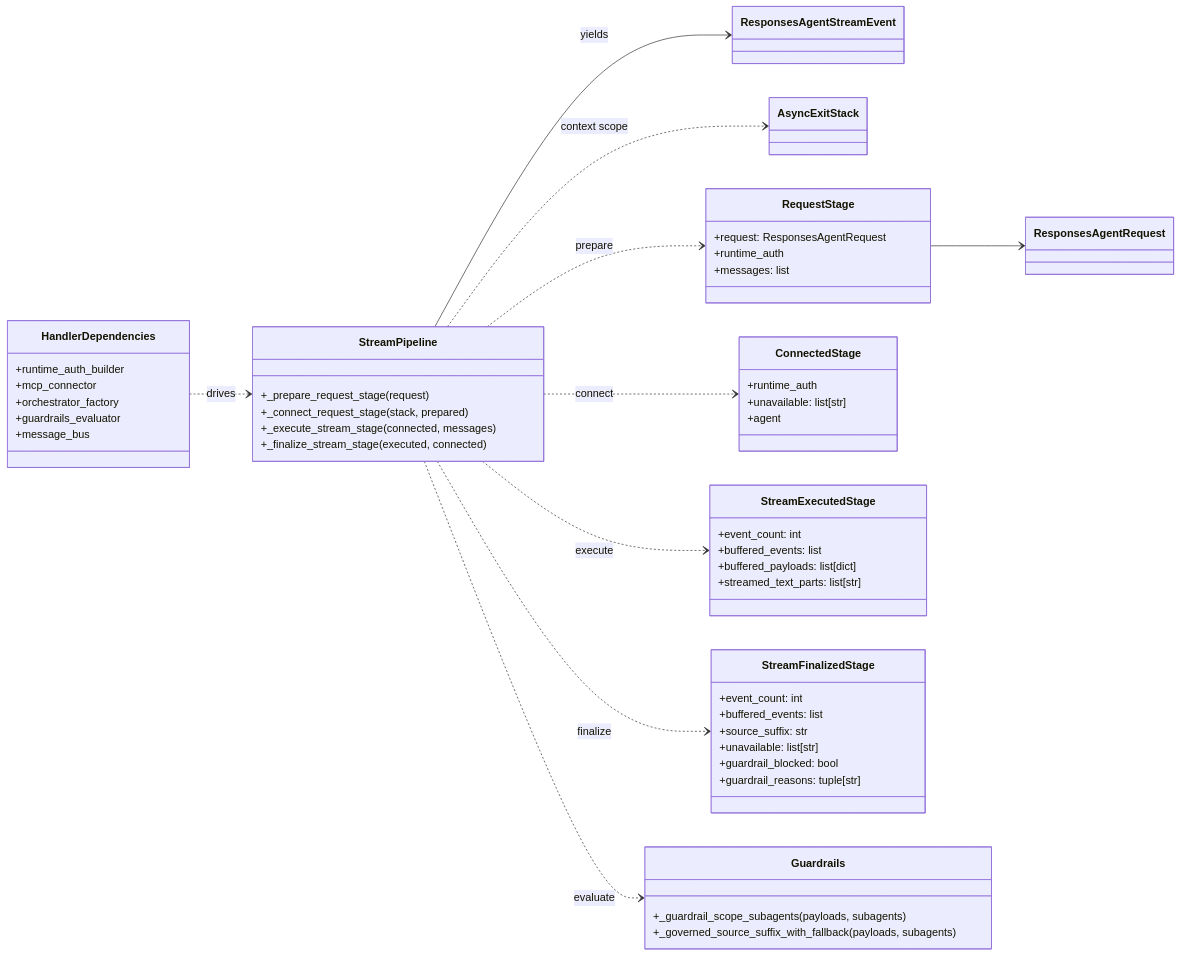
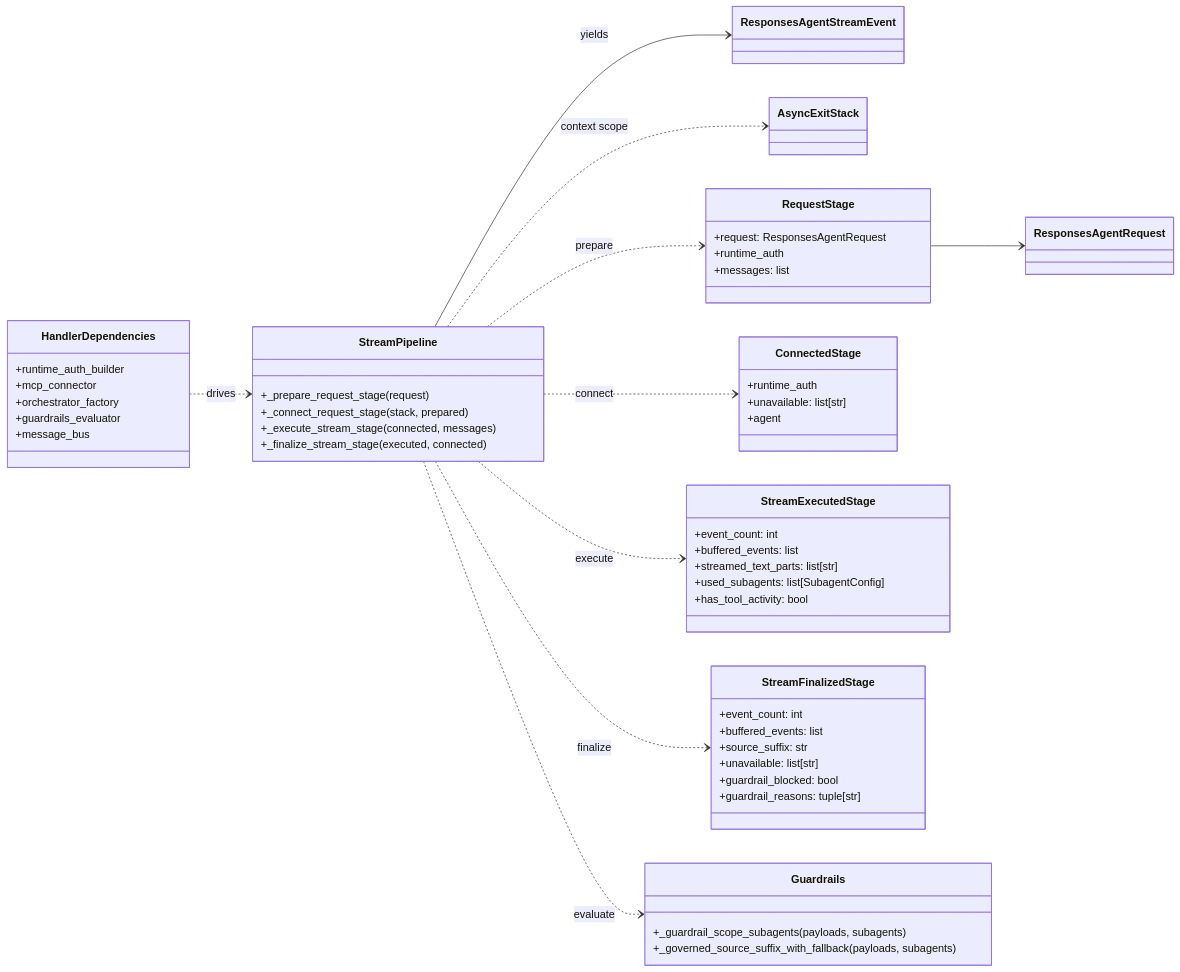
The second of 2 diagrams in docs/architecture/design-artifacts/07-request-execution-flow-class-diagram.md (wchen-dea/Multi-Agent-App-On-Databricks), drawn with Mermaid before and after one commit. The commit also changed other lines of this file and 18 other files, not shown here.

````diff
--- a/docs/architecture/design-artifacts/07-request-execution-flow-class-diagram.md
+++ b/docs/architecture/design-artifacts/07-request-execution-flow-class-diagram.md
@@ -68,69 +68,70 @@
 ```mermaid
 classDiagram
 direction LR
 
 class ResponsesAgentRequest
 class ResponsesAgentStreamEvent
 class AsyncExitStack
 
 class RequestStage {
   +request: ResponsesAgentRequest
   +runtime_auth
   +messages: list
 }
 
 class ConnectedStage {
   +runtime_auth
   +unavailable: list[str]
   +agent
 }
 
 class StreamExecutedStage {
   +event_count: int
   +buffered_events: list
-  +buffered_payloads: list[dict]
   +streamed_text_parts: list[str]
+  +used_subagents: list[SubagentConfig]
+  +has_tool_activity: bool
 }
 
 class StreamFinalizedStage {
   +event_count: int
   +buffered_events: list
   +source_suffix: str
   +unavailable: list[str]
   +guardrail_blocked: bool
   +guardrail_reasons: tuple[str]
 }
 
 class HandlerDependencies {
   +runtime_auth_builder
   +mcp_connector
   +orchestrator_factory
   +guardrails_evaluator
   +message_bus
 }
 
 class StreamPipeline {
   +_prepare_request_stage(request)
   +_connect_request_stage(stack, prepared)
   +_execute_stream_stage(connected, messages)
   +_finalize_stream_stage(executed, connected)
 }
 
 class Guardrails {
   +_guardrail_scope_subagents(payloads, subagents)
   +_governed_source_suffix_with_fallback(payloads, subagents)
 }
 
 HandlerDependencies ..> StreamPipeline : drives
 
 StreamPipeline ..> RequestStage : prepare
 StreamPipeline ..> ConnectedStage : connect
 StreamPipeline ..> StreamExecutedStage : execute
 StreamPipeline ..> StreamFinalizedStage : finalize
 StreamPipeline --> ResponsesAgentStreamEvent : yields
 
 StreamPipeline ..> Guardrails : evaluate
 
 RequestStage --> ResponsesAgentRequest
 StreamPipeline ..> AsyncExitStack : context scope
 ```
````
